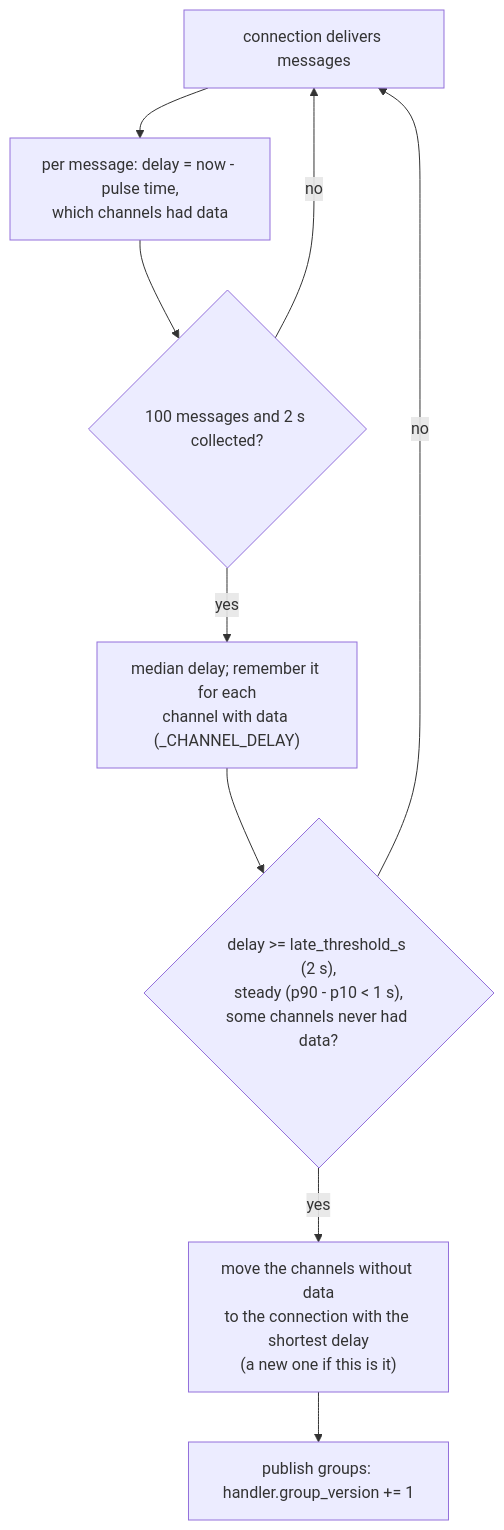
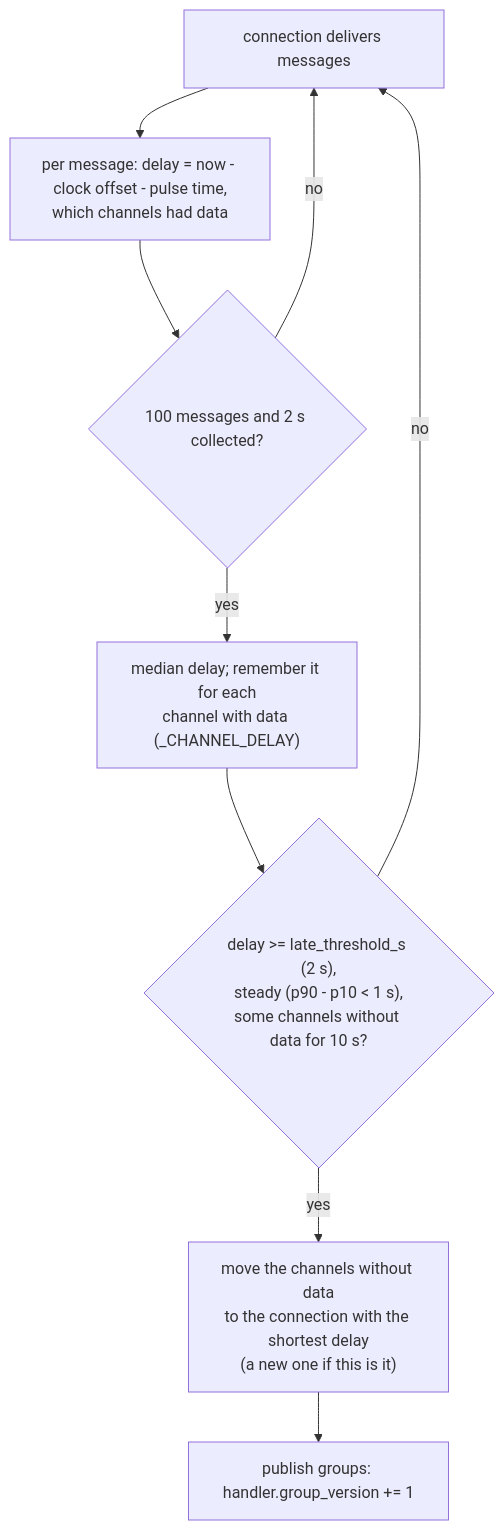
Before and after one commit to htlemke/escape-fel: the eighth of 8 diagrams in docs/development/stream_architecture.md, drawn with Mermaid. The commit also changed other lines of this file and 4 other files, not shown here.

First line of the commit message:
escape.stream: no repeated pulses after a restart; clock-proof delay detection

````diff
--- a/docs/development/stream_architecture.md
+++ b/docs/development/stream_architecture.md
@@ -230,11 +230,11 @@
 ```mermaid
 flowchart TB
-    A["connection delivers messages"] --> B["per message: delay = now - pulse time,<br/>which channels had data"]
+    A["connection delivers messages"] --> B["per message: delay = now - clock offset - pulse time,<br/>which channels had data"]
     B --> C{"100 messages and 2 s collected?"}
     C -- no --> A
     C -- yes --> D["median delay; remember it for each<br/>channel with data (_CHANNEL_DELAY)"]
-    D --> E{"delay >= late_threshold_s (2 s),<br/>steady (p90 - p10 < 1 s),<br/>some channels never had data?"}
+    D --> E{"delay >= late_threshold_s (2 s),<br/>steady (p90 - p10 < 1 s),<br/>some channels without data for 10 s?"}
     E -- no --> A
     E -- yes --> F["move the channels without data<br/>to the connection with the shortest delay<br/>(a new one if this is it)"]
     F --> G["publish groups: handler.group_version += 1"]
 ```
````
